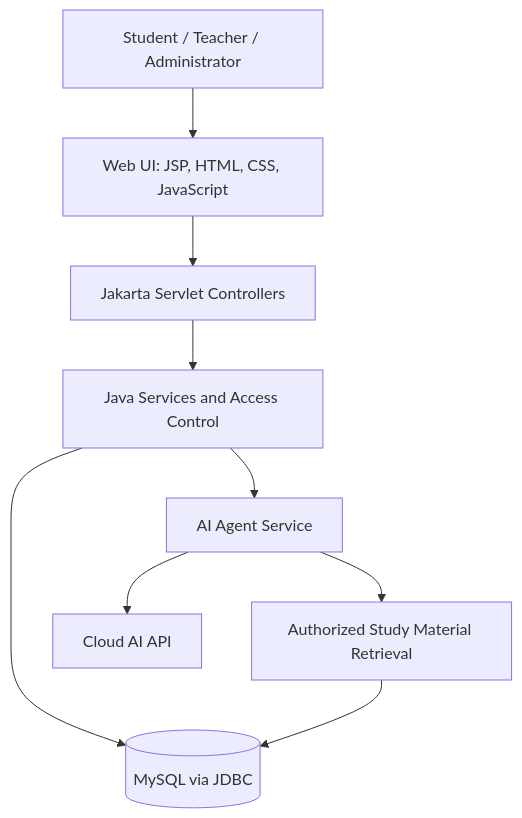
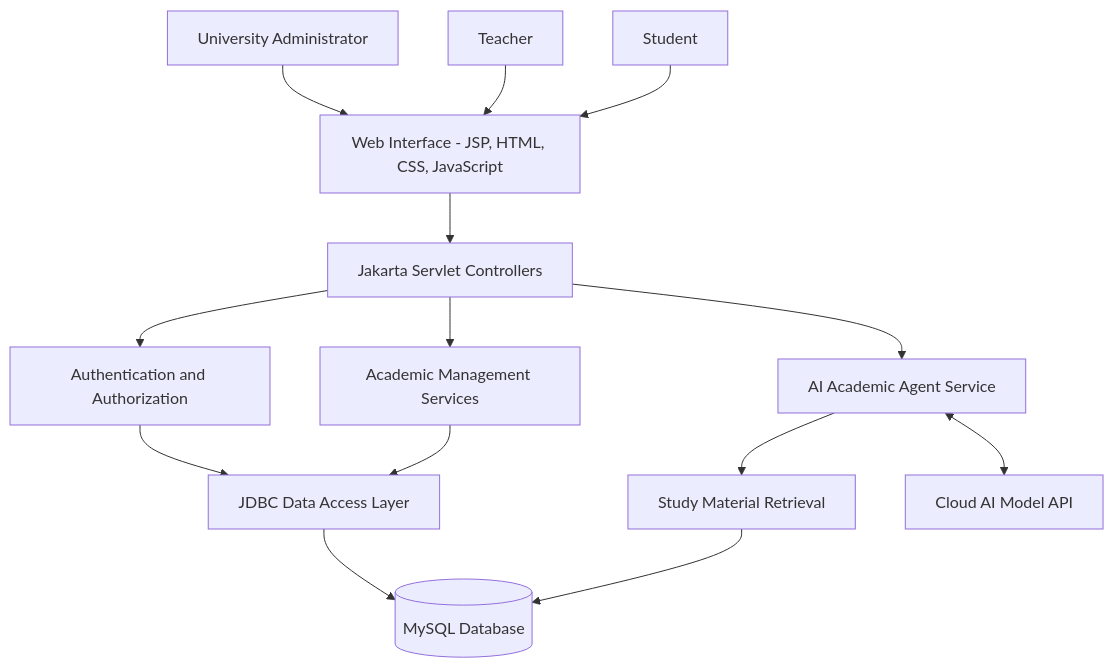
Before and after one commit to afif-zaman/SOFTWARE-ENGINEERING_AND_PROJECT-MANAGEMENT: the first of 7 diagrams in ASSIGNMENTS/Project Proposal and Prototyping/README.md, drawn with Mermaid. The commit also changed other lines of this file, not shown here.

````diff
--- a/ASSIGNMENTS/Project Proposal and Prototyping/README.md
+++ b/ASSIGNMENTS/Project Proposal and Prototyping/README.md
@@ -73,11 +125,33 @@
 ```mermaid
-flowchart TB
-    A[Student / Teacher / Administrator] --> B[Web UI: JSP, HTML, CSS, JavaScript]
-    B --> C[Jakarta Servlet Controllers]
-    C --> D[Java Services and Access Control]
-    D --> E[(MySQL via JDBC)]
-    D --> F[AI Agent Service]
-    F --> G[Authorized Study Material Retrieval]
-    F --> H[Cloud AI API]
-    G --> E
+flowchart TD
+    U["University Administrator"]
+    T["Teacher"]
+    S["Student"]
+
+    UI["Web Interface - JSP, HTML, CSS, JavaScript"]
+    CTRL["Jakarta Servlet Controllers"]
+    AUTH["Authentication and Authorization"]
+    ACAD["Academic Management Services"]
+    AI["AI Academic Agent Service"]
+    JDBC["JDBC Data Access Layer"]
+    DB[("MySQL Database")]
+    DOC["Study Material Retrieval"]
+    API["Cloud AI Model API"]
+
+    U --> UI
+    T --> UI
+    S --> UI
+
+    UI --> CTRL
+    CTRL --> AUTH
+    CTRL --> ACAD
+    CTRL --> AI
+
+    AUTH --> JDBC
+    ACAD --> JDBC
+    JDBC --> DB
+
+    AI --> DOC
+    DOC --> DB
+    AI <--> API
 ```
````
